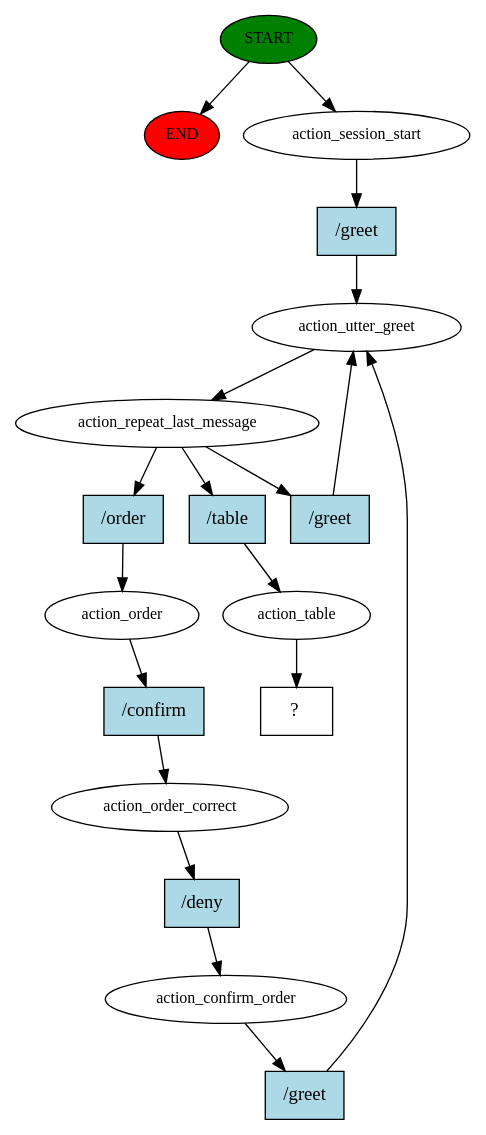
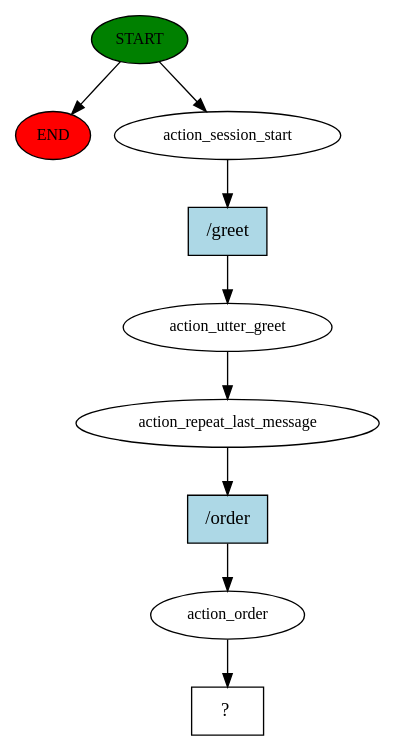
Before and after one commit to francesco-vaccari/HMD-Project: the diagram in rasa project/story_graph.dot, drawn with Graphviz. The commit also changed 80 other files, not shown here.

```diff
--- a/rasa project/story_graph.dot
+++ b/rasa project/story_graph.dot
@@ -1,37 +1,19 @@
 digraph  {
 0 [class="start active", fillcolor=green, fontsize=12, label=START, style=filled];
 "-1" [class=end, fillcolor=red, fontsize=12, label=END, style=filled];
 1 [class=active, fontsize=12, label=action_session_start];
 2 [class=active, fontsize=12, label=action_utter_greet];
 3 [class=active, fontsize=12, label=action_repeat_last_message];
 4 [class=active, fontsize=12, label=action_order];
-5 [class=active, fontsize=12, label=action_order_correct];
-6 [class=active, fontsize=12, label=action_confirm_order];
-11 [class=active, fontsize=12, label=action_table];
-12 [class="intent dashed active", label="  ?  ", shape=rect];
-13 [class="intent active", fillcolor=lightblue, label="/greet", shape=rect, style=filled];
-14 [class="intent active", fillcolor=lightblue, label="/order", shape=rect, style=filled];
-15 [class="intent active", fillcolor=lightblue, label="/greet", shape=rect, style=filled];
-16 [class="intent active", fillcolor=lightblue, label="/table", shape=rect, style=filled];
-17 [class="intent active", fillcolor=lightblue, label="/confirm", shape=rect, style=filled];
-18 [class="intent active", fillcolor=lightblue, label="/deny", shape=rect, style=filled];
-19 [class="intent active", fillcolor=lightblue, label="/greet", shape=rect, style=filled];
+5 [class="intent dashed active", label="  ?  ", shape=rect];
+6 [class="intent active", fillcolor=lightblue, label="/greet", shape=rect, style=filled];
+7 [class="intent active", fillcolor=lightblue, label="/order", shape=rect, style=filled];
 0 -> "-1"  [class="", key=NONE, label=""];
 0 -> 1  [class=active, key=NONE, label=""];
-1 -> 13  [class=active, key=0];
+1 -> 6  [class=active, key=0];
 2 -> 3  [class=active, key=NONE, label=""];
-3 -> 14  [class=active, key=0];
-3 -> 15  [class=active, key=0];
-3 -> 16  [class=active, key=0];
-4 -> 17  [class=active, key=0];
-5 -> 18  [class=active, key=0];
-6 -> 19  [class=active, key=0];
-11 -> 12  [class=active, key=NONE, label=""];
-13 -> 2  [class=active, key=0];
-14 -> 4  [class=active, key=0];
-15 -> 2  [class=active, key=0];
-16 -> 11  [class=active, key=0];
-17 -> 5  [class=active, key=0];
-18 -> 6  [class=active, key=0];
-19 -> 2  [class=active, key=0];
+3 -> 7  [class=active, key=0];
+4 -> 5  [class=active, key=NONE, label=""];
+6 -> 2  [class=active, key=0];
+7 -> 4  [class=active, key=0];
 }
```
